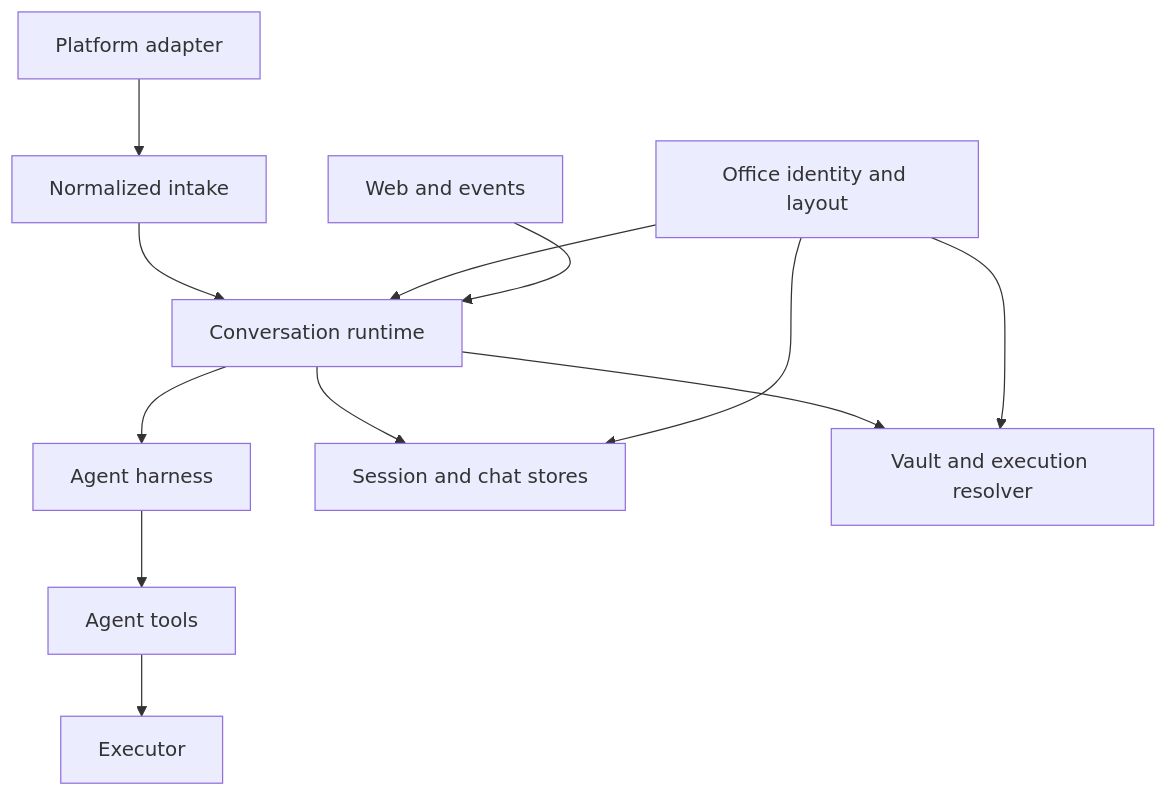
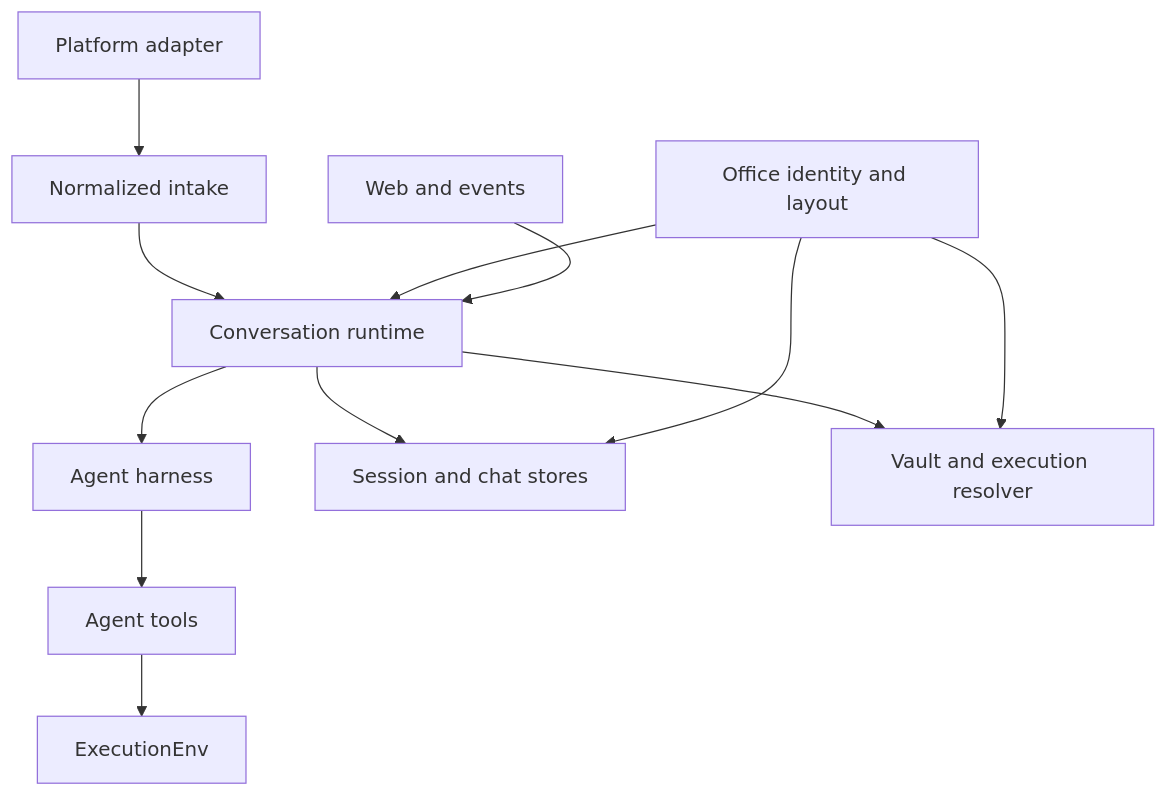
One commit to geminixiang/mikan changed the diagram in src/content/docs/core-interfaces.mdx. Above: the diagram before and after it, drawn with Mermaid. The commit also changed other lines of this file and 40 other files, not shown here.

Commit message:
refactor(sandbox): hand tools Pi's ExecutionEnv instead of Executor (#166)

````diff
--- a/src/content/docs/core-interfaces.mdx
+++ b/src/content/docs/core-interfaces.mdx
@@ -21,14 +21,14 @@
 ```mermaid
 flowchart TD
   P["Platform adapter"] --> I["Normalized intake"]
   I --> R["Conversation runtime"]
   R --> H["Agent harness"]
   H --> T["Agent tools"]
-  T --> E["Executor"]
+  T --> E["ExecutionEnv"]
   R --> S["Session and chat stores"]
   R --> V["Vault and execution resolver"]
   O["Office identity and layout"] --> R
   O --> S
   O --> V
   W["Web and events"] --> R
 ```
````
